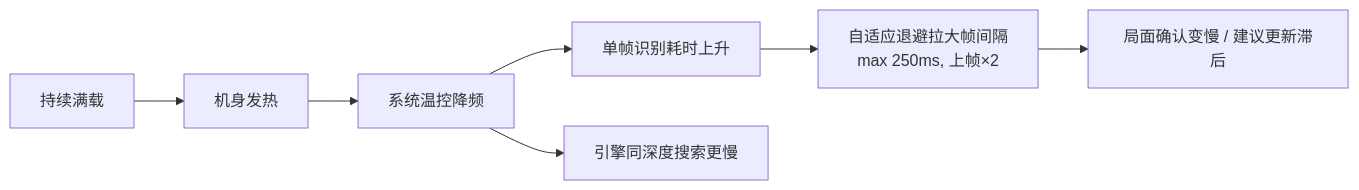
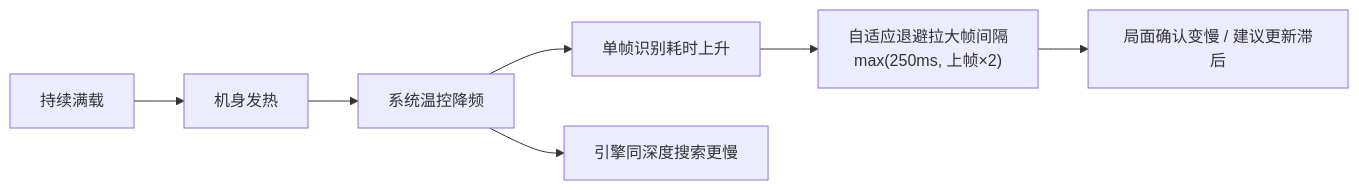
One commit to Silva6c/chess-dike changed the second of 2 diagrams in docs/技术报告.md. Above: the diagram before and after it, drawn with Mermaid. The commit also changed other lines of this file, not shown here.

Commit message:
docs：§12 两张 mermaid 图的节点文本统一加引号
含括号/逗号的节点标签在部分 mermaid 渲染器下会被判语法错误（GitHub 官方
建议引号包裹），统一改为 A["文本"] 形式，纯格式调整不改内容。

状态：文档格式修正；未改代码。

````diff
--- a/docs/技术报告.md
+++ b/docs/技术报告.md
@@ -295,7 +295,7 @@
 ```mermaid
 flowchart LR
-    C1[持续满载] --> C2[机身发热] --> C3[系统温控降频] --> C4[单帧识别耗时上升]
-    C4 --> C5[自适应退避拉大帧间隔<br/>max 250ms, 上帧×2]
-    C5 --> C6[局面确认变慢 / 建议更新滞后]
-    C3 --> C7[引擎同深度搜索更慢]
+    C1["持续满载"] --> C2["机身发热"] --> C3["系统温控降频"] --> C4["单帧识别耗时上升"]
+    C4 --> C5["自适应退避拉大帧间隔<br/>max(250ms, 上帧×2)"]
+    C5 --> C6["局面确认变慢 / 建议更新滞后"]
+    C3 --> C7["引擎同深度搜索更慢"]
 ```
````
